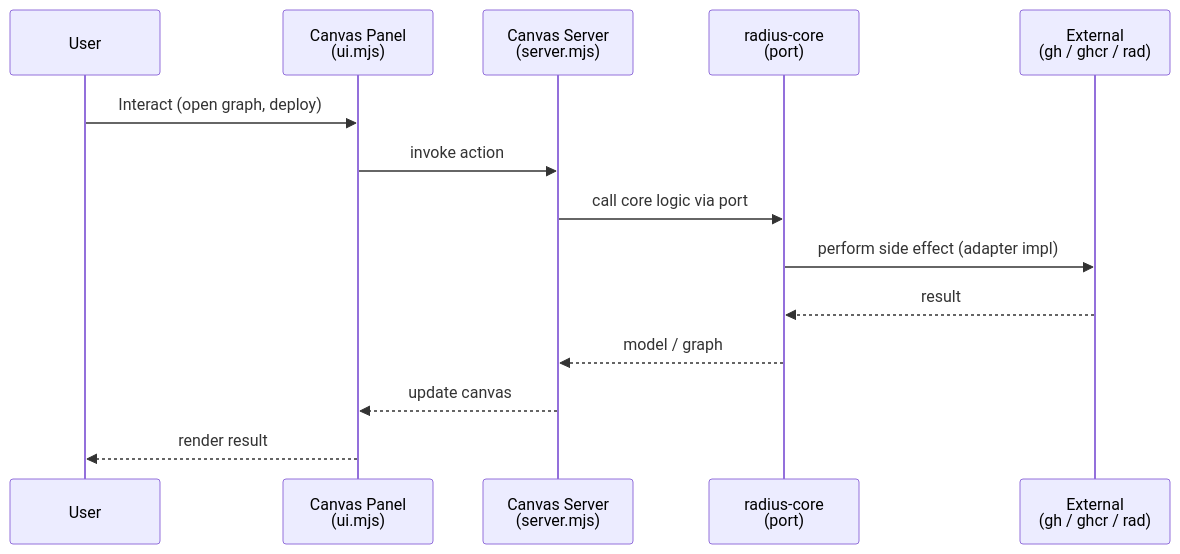
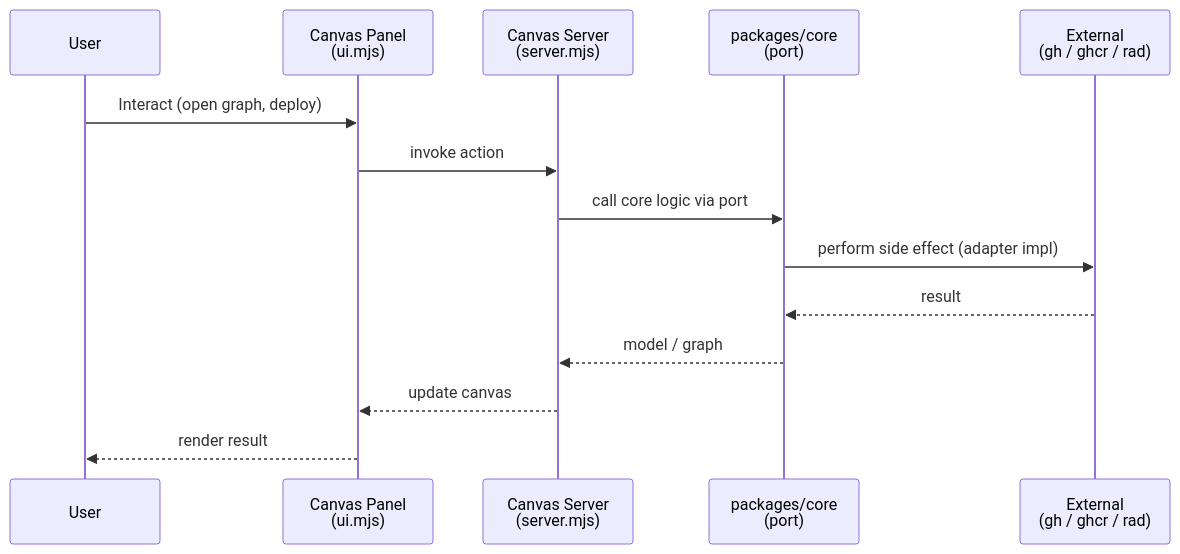
The third of 5 diagrams in .github/skills/radius-architecture-documenter/references/mermaid-patterns.md (radius-project/ai-extensions), drawn with Mermaid before and after one commit. The commit also changed other lines of this file and 34 other files, not shown here.

````diff
--- a/.github/skills/radius-architecture-documenter/references/mermaid-patterns.md
+++ b/.github/skills/radius-architecture-documenter/references/mermaid-patterns.md
@@ -54,17 +54,17 @@
 ```mermaid
 sequenceDiagram
     participant User
     participant Panel as Canvas Panel<br/>(ui.mjs)
     participant Server as Canvas Server<br/>(server.mjs)
-    participant Core as radius-core<br/>(port)
+    participant Core as packages/core<br/>(port)
     participant Ext as External<br/>(gh / ghcr / rad)
 
     User->>Panel: Interact (open graph, deploy)
     Panel->>Server: invoke action
     Server->>Core: call core logic via port
     Core->>Ext: perform side effect (adapter impl)
     Ext-->>Core: result
     Core-->>Server: model / graph
     Server-->>Panel: update canvas
     Panel-->>User: render result
 ```
````
